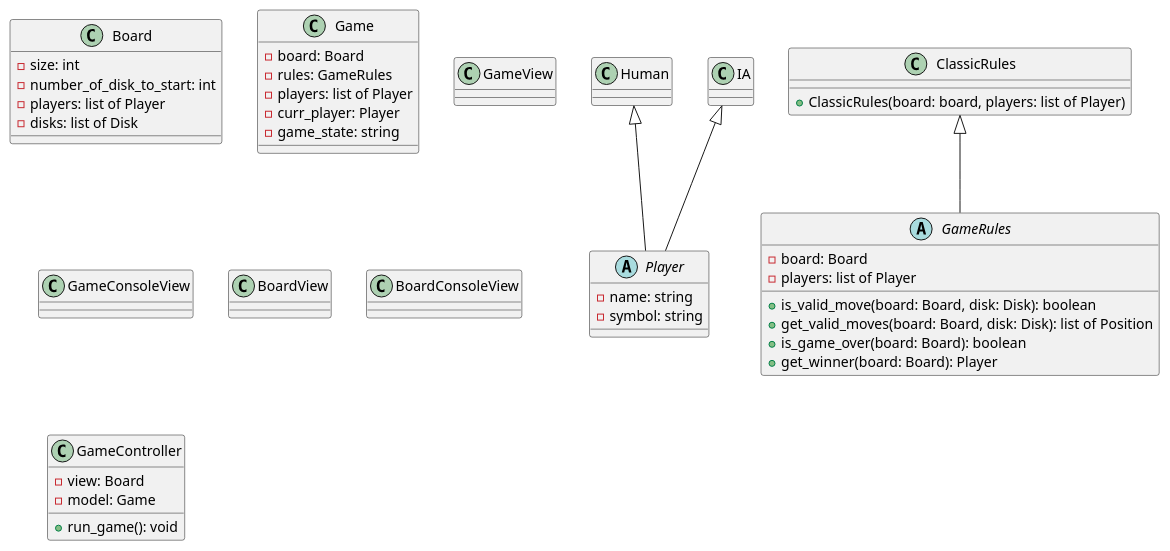
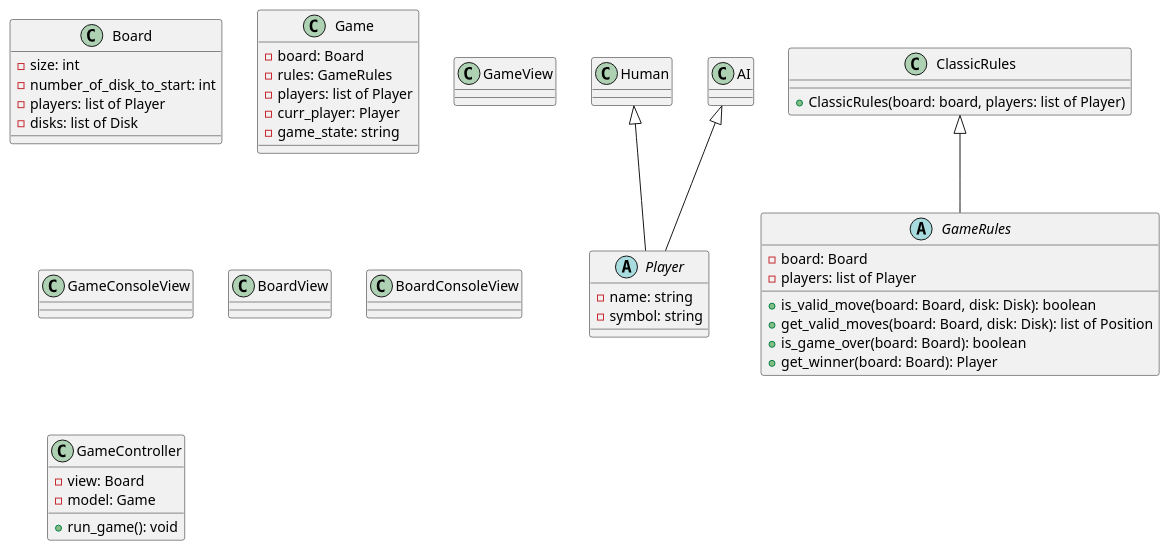
Before and after one commit to michael-attal/Othello: the diagram in uml/othello.puml, drawn with PlantUML. The commit also changed 12 other files, not shown here.

```diff
--- a/uml/othello.puml
+++ b/uml/othello.puml
@@ -1,72 +1,72 @@
 @startuml Othello Diagram
 
 class Board {
     - size: int
     - number_of_disk_to_start: int
     - players: list of Player
     - disks: list of Disk
 }
 
 abstract class Player {
     - name: string
     - symbol: string 
 }
 
 Human <|-- Player
 class Human {
 
 }
 
-IA <|-- Player
-class IA {
+AI <|-- Player
+class AI {
 
 }
 
 abstract class GameRules {
     - board: Board
     - players: list of Player
 
     + is_valid_move(board: Board, disk: Disk): boolean
     + get_valid_moves(board: Board, disk: Disk): list of Position
     + is_game_over(board: Board): boolean
     + get_winner(board: Board): Player
 }
 
 ClassicRules <|-- GameRules
 class ClassicRules {
     + ClassicRules(board: board, players: list of Player)
 }
 
 class Game {
     - board: Board
     - rules: GameRules
     ' - user_interface: UserInterface
     - players: list of Player
     - curr_player: Player
     - game_state: string
 }
 
 class GameView {
 
 }
 
 class GameConsoleView {
 
 }
 
 class BoardView {
 
 }
 
 class BoardConsoleView {
 
 }
 
 class GameController {
     - view: Board
     - model: Game
 
     + run_game(): void
 }
 
 @enduml
```
